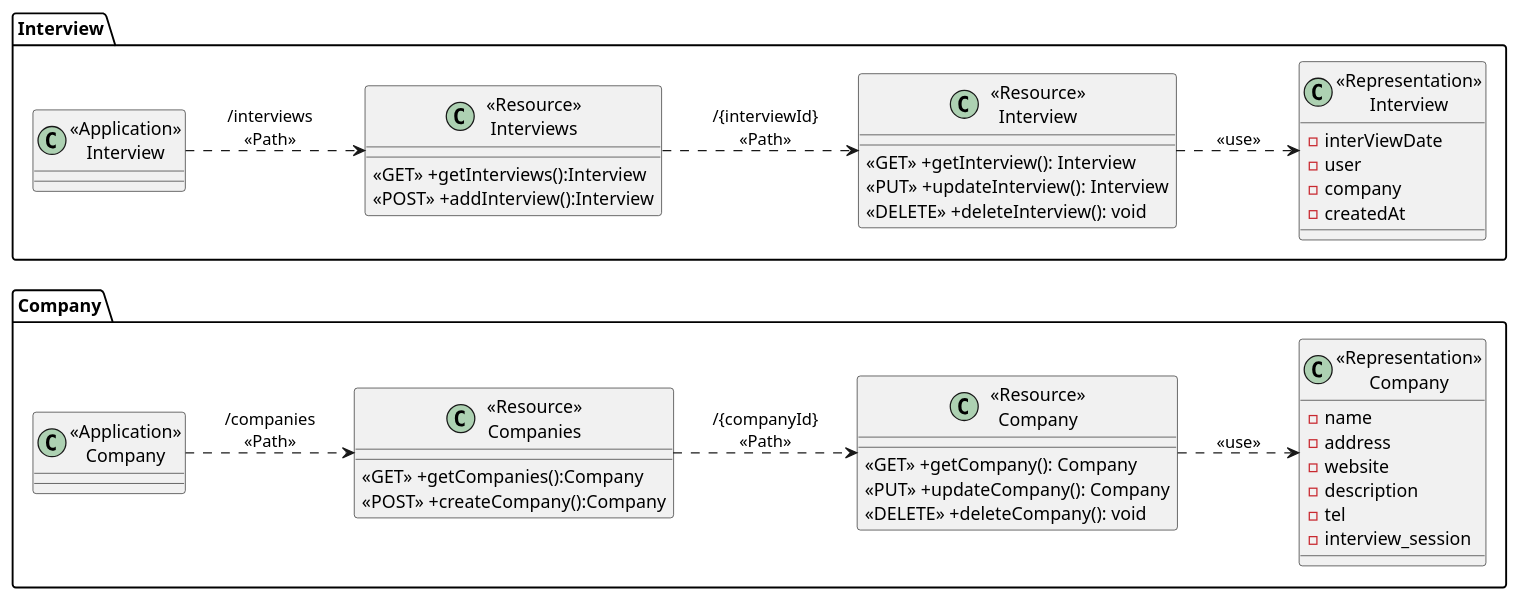
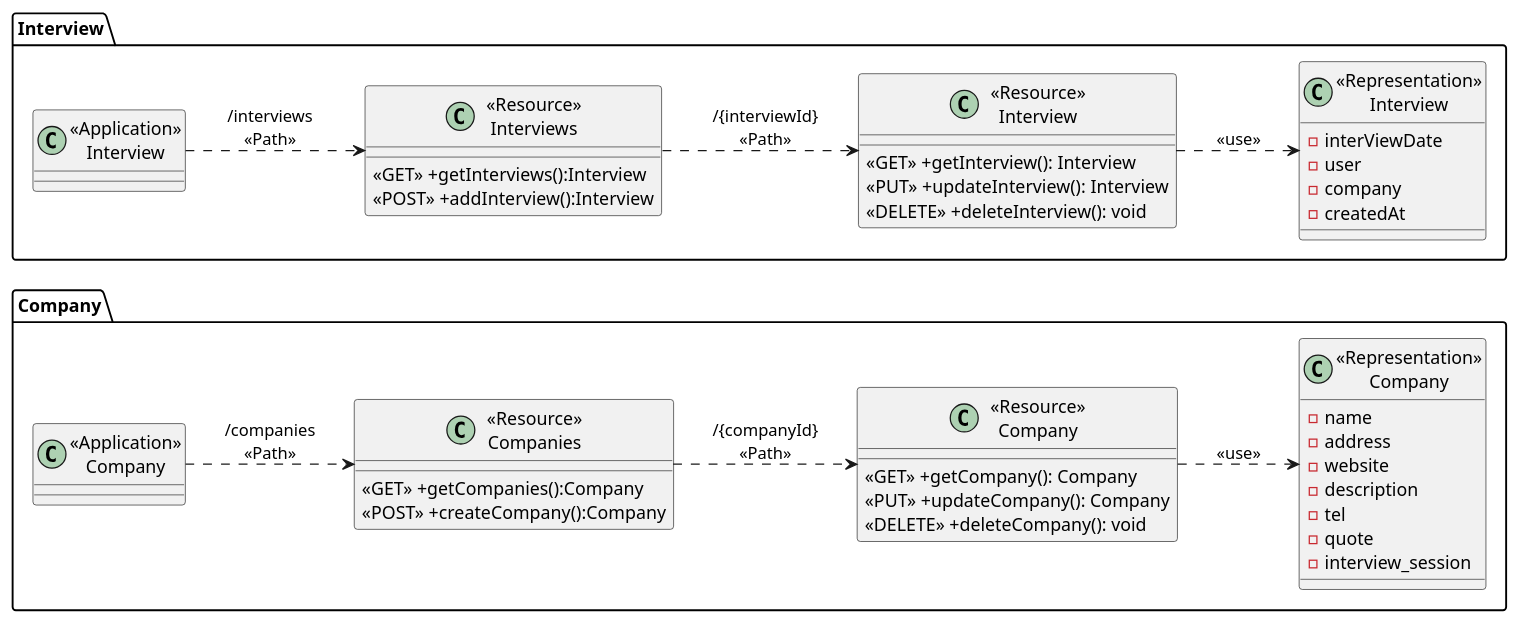
The diagram in Company&Interview.puml (2110503TACEDT66/presentation-day-1-black_end), drawn with PlantUML before and after one commit. The commit also changed 1 other file, not shown here.

Commit message:
updated class diagram

```diff
--- a/Company&Interview.puml
+++ b/Company&Interview.puml
@@ -1,57 +1,58 @@
 @startuml
 left to right direction
 package "Company"{
     class "<<Application>>\nCompany" as CompanyService{}
 
     class "<<Resource>>\nCompanies" as ResourceCompanies{
         <<GET>> +getCompanies():Company
         <<POST>> +createCompany():Company
     }
 
     class "<<Resource>>\nCompany" as ResourceCompany {
         <<GET>> +getCompany(): Company
         <<PUT>> +updateCompany(): Company
         <<DELETE>> +deleteCompany(): void
     }
 
     class "<<Representation>>\nCompany" as RepresentationCompany {
         -name
         -address
         -website
         -description
         -tel
+        -quote
         -interview_session
     }
 }
 
 CompanyService ..> ResourceCompanies:"/companies\n<<Path>>"
 ResourceCompanies ..> ResourceCompany: "/{companyId}\n<<Path>>"
 ResourceCompany ..> RepresentationCompany: "<<use>>"
 
 
 package "Interview"{
     class "<<Application>>\nInterview" as InterviewService{}
 
     class "<<Resource>>\nInterviews" as ResourceInterviews{
         <<GET>> +getInterviews():Interview
         <<POST>> +addInterview():Interview
     }
 
     class "<<Resource>>\nInterview" as ResourceInterview {
         <<GET>> +getInterview(): Interview
         <<PUT>> +updateInterview(): Interview
         <<DELETE>> +deleteInterview(): void
     }
 
     class "<<Representation>>\nInterview" as RepresentationInterview {
         -interViewDate
         -user
         -company
         -createdAt
     }
 InterviewService ..> ResourceInterviews:"/interviews\n<<Path>>"
 ResourceInterviews  ..> ResourceInterview: "/{interviewId}\n<<Path>>"
 ResourceInterview ..> RepresentationInterview: "<<use>>"
 
 }
 @enduml
```
